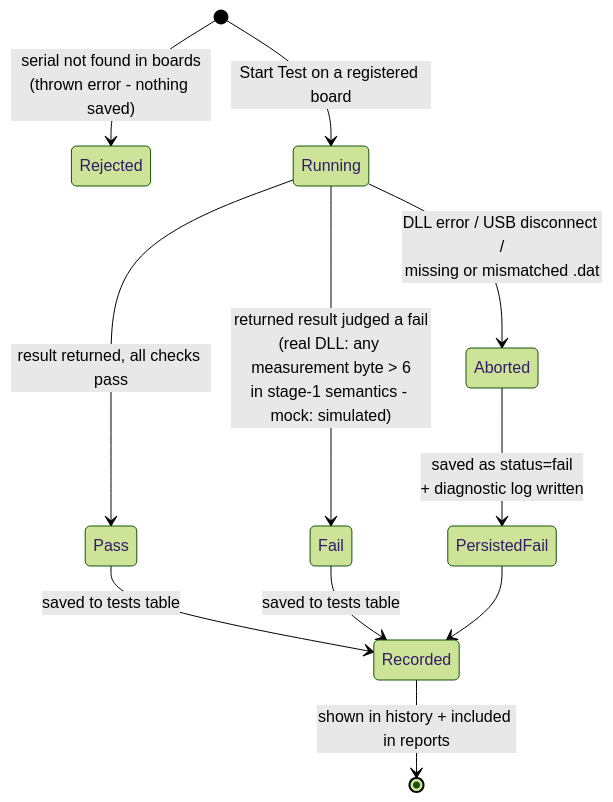
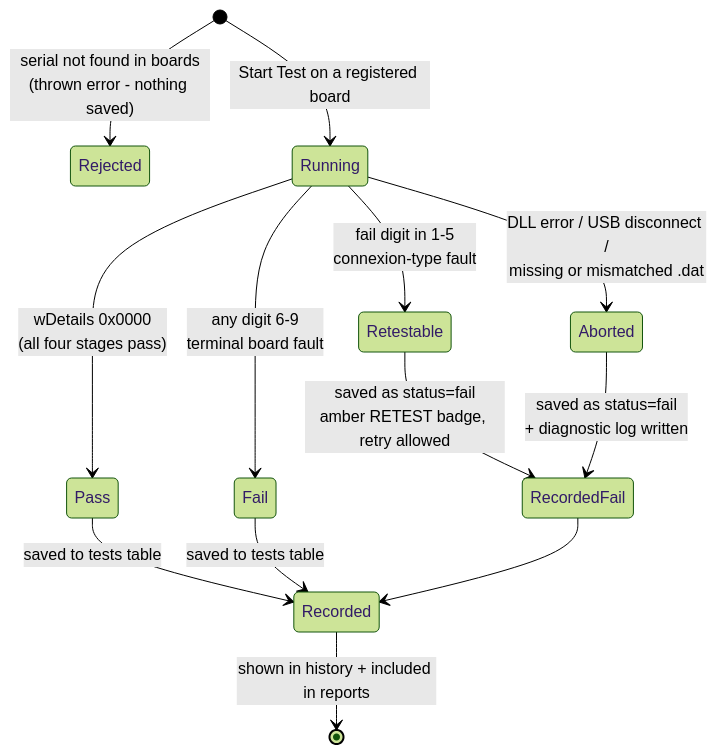
The diagram in docs/testing-strategy.md (Interlaken0/amf-rg432), drawn with Mermaid (forest theme) before and after one commit. The commit also changed other lines of this file and 13 other files, not shown here.

First line of the commit message:
feat: share status decoding across real and mock DLLs, report stage-2 columns

````diff
--- a/docs/testing-strategy.md
+++ b/docs/testing-strategy.md
@@ -33,15 +33,17 @@
 ```mermaid
 stateDiagram-v2
     [*] --> Rejected: serial not found in boards<br/>(thrown error - nothing saved)
     [*] --> Running: Start Test on a registered board
 
-    Running --> Pass: result returned, all checks pass
-    Running --> Fail: returned result judged a fail<br/>(real DLL: any measurement byte > 6<br/>in stage-1 semantics - mock: simulated)
+    Running --> Pass: wDetails 0x0000<br/>(all four stages pass)
+    Running --> Retestable: fail digit in 1-5<br/>connexion-type fault
+    Running --> Fail: any digit 6-9<br/>terminal board fault
     Running --> Aborted: DLL error / USB disconnect /<br/>missing or mismatched .dat
 
-    Aborted --> PersistedFail: saved as status=fail<br/>+ diagnostic log written
+    Retestable --> RecordedFail: saved as status=fail<br/>amber RETEST badge, retry allowed
+    Aborted --> RecordedFail: saved as status=fail<br/>+ diagnostic log written
     Pass --> Recorded: saved to tests table
     Fail --> Recorded: saved to tests table
-    PersistedFail --> Recorded
+    RecordedFail --> Recorded
     Recorded --> [*]: shown in history + included in reports
 ```
````
